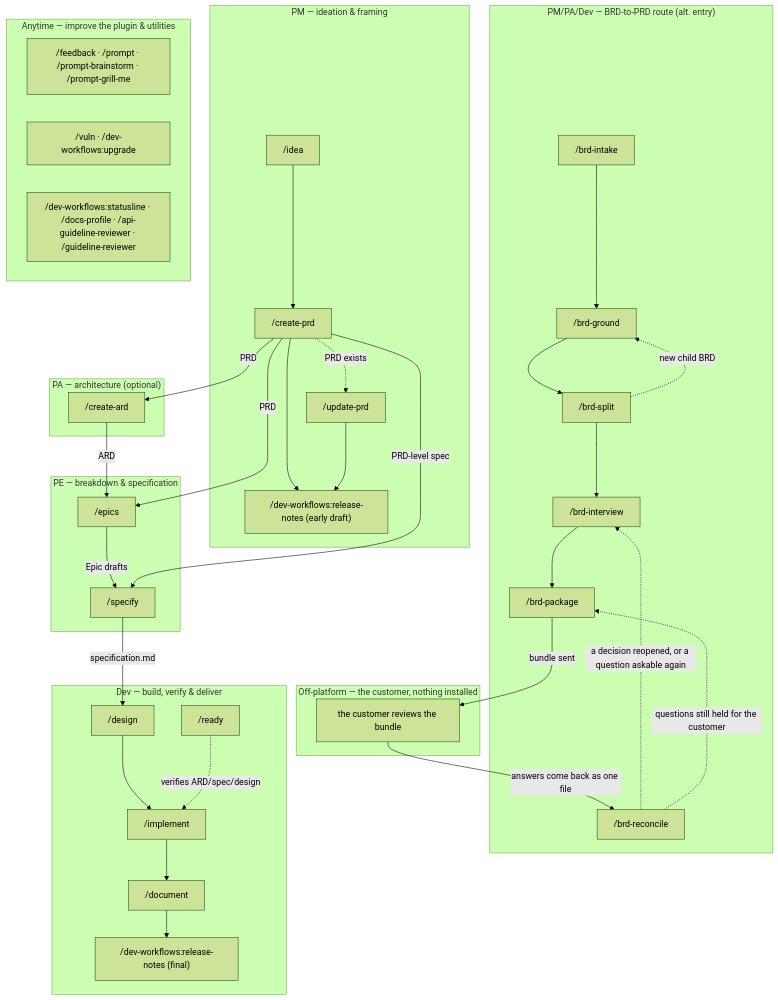
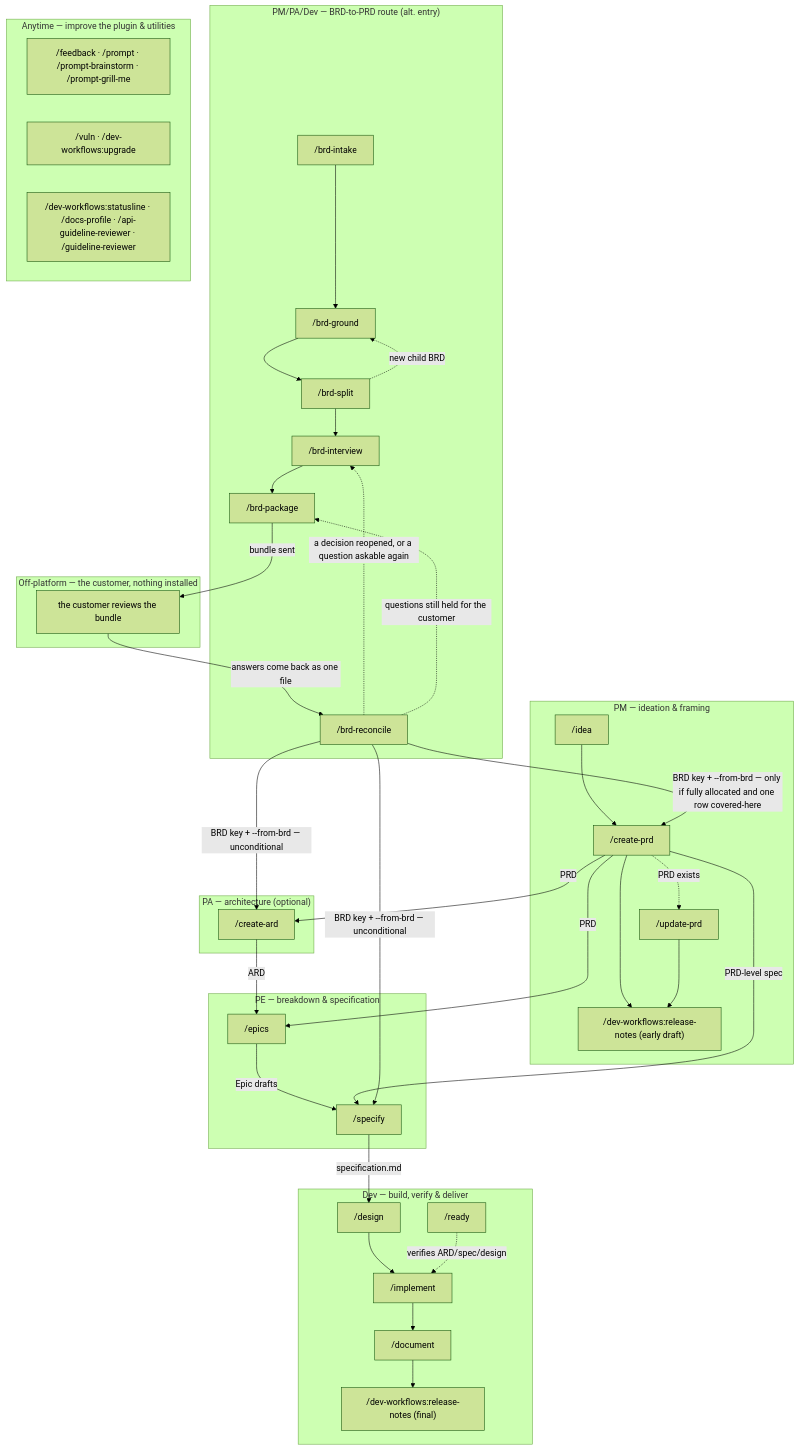
One commit to ihudak/ihudak-claude-plugins changed the diagram in plugins/dev-workflows/docs/workflow.md. Above: the diagram before and after it, drawn with Mermaid (forest theme). The commit also changed other lines of this file and 2 other files, not shown here.

````diff
--- a/plugins/dev-workflows/docs/workflow.md
+++ b/plugins/dev-workflows/docs/workflow.md
@@ -5,48 +5,51 @@
 ```mermaid
 flowchart TD
     subgraph PM["PM — ideation & framing"]
         idea["/idea"] --> createvi["/create-prd"]
         createvi --> rnpm["/dev-workflows:release-notes (early draft)"]
         createvi -.->|PRD exists| updatevi["/update-prd"]
         updatevi --> rnpm
     end
     subgraph BRD["PM/PA/Dev — BRD-to-PRD route (alt. entry)"]
         brdintake["/brd-intake"] --> brdground["/brd-ground"] --> brdsplit["/brd-split"]
         brdsplit -.->|new child BRD| brdground
         brdsplit --> brdinterview["/brd-interview"] --> brdpackage["/brd-package"]
         brdreconcile["/brd-reconcile"]
     end
     subgraph CUST["Off-platform — the customer, nothing installed"]
         brdreview["the customer reviews the bundle"]
     end
     subgraph PA["PA — architecture (optional)"]
         createard["/create-ard"]
     end
     subgraph PE["PE — breakdown & specification"]
         epics["/epics"]
         specify["/specify"]
     end
     subgraph DEV["Dev — build, verify & deliver"]
         design["/design"] --> implement["/implement"]
         implement --> document["/document"]
         document --> rndev["/dev-workflows:release-notes (final)"]
         ready["/ready"]
     end
     subgraph ANY["Anytime — improve the plugin & utilities"]
         improve["/feedback · /prompt · /prompt-brainstorm · /prompt-grill-me"]
         maint["/vuln · /dev-workflows:upgrade"]
         tooling["/dev-workflows:statusline · /docs-profile · /api-guideline-reviewer · /guideline-reviewer"]
     end
 
     createvi -->|PRD| createard
     createvi -->|PRD| epics
     createard -->|ARD| epics
     epics -->|Epic drafts| specify
     createvi -->|PRD-level spec| specify
     specify -->|specification.md| design
     ready -. verifies ARD/spec/design .-> implement
     brdpackage -->|bundle sent| brdreview
     brdreview -->|answers come back as one file| brdreconcile
     brdreconcile -.->|a decision reopened, or a question askable again| brdinterview
     brdreconcile -.->|questions still held for the customer| brdpackage
+    brdreconcile -->|BRD key + --from-brd — only if fully allocated and one row covered-here| createvi
+    brdreconcile -->|BRD key + --from-brd — unconditional| createard
+    brdreconcile -->|BRD key + --from-brd — unconditional| specify
 ```
````
